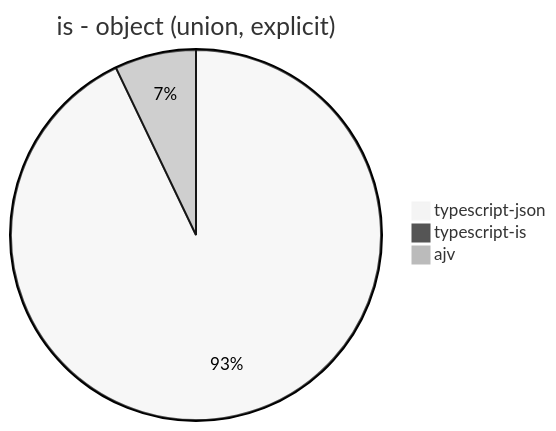
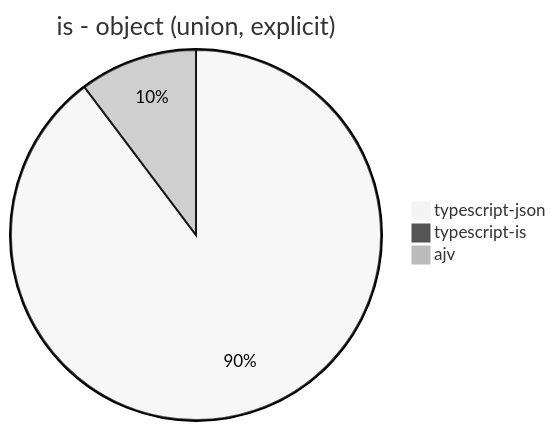
One commit to neklan1205/typescript-json changed the ninth of 30 diagrams in benchmark/results/Intel(R) Core(TM) i7-6700 CPU @ 3.40GHz.md. Above: the diagram before and after it, drawn with Mermaid (neutral theme). The commit also changed other lines of this file, not shown here.

````diff
--- a/benchmark/results/Intel(R) Core(TM) i7-6700 CPU @ 3.40GHz.md
+++ b/benchmark/results/Intel(R) Core(TM) i7-6700 CPU @ 3.40GHz.md
@@ -93,6 +93,6 @@
 ```mermaid
 pie title is - object (union, explicit)
-  "typescript-json": 9514.5333092616
+  "typescript-json": 9056.453110492108
   "typescript-is": 0
-  "ajv": 728.0234905487246
+  "ajv": 1038.3046639475083
 ```
````
